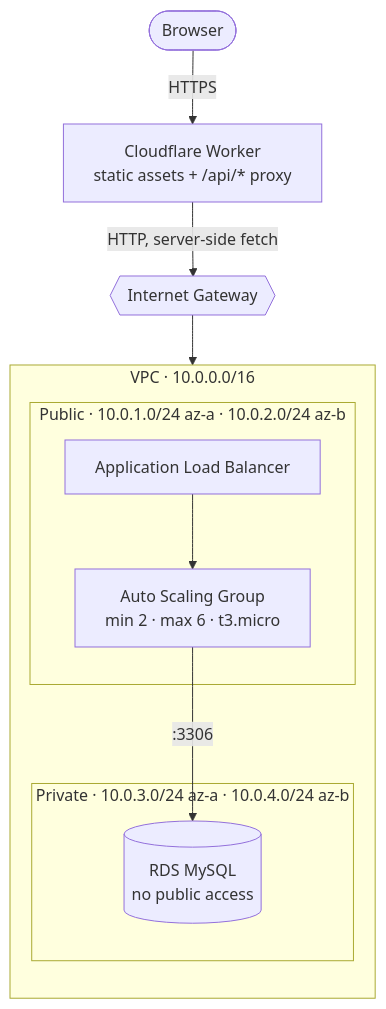
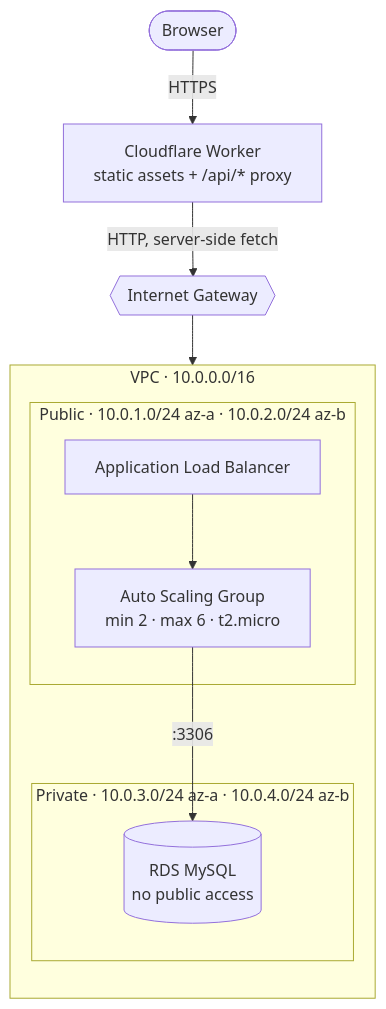
Before and after one commit to AyushAtyantik/hybrid-deploy-arch-demo: the first of 2 diagrams in docs/ARCHITECTURE.md, drawn with Mermaid. The commit also changed other lines of this file and 12 other files, not shown here.

````diff
--- a/docs/ARCHITECTURE.md
+++ b/docs/ARCHITECTURE.md
@@ -8,22 +8,22 @@
 ```mermaid
 flowchart TB
     Browser(["Browser"])
     Worker["Cloudflare Worker<br/>static assets + /api/* proxy"]
     IGW{{"Internet Gateway"}}
 
     subgraph VPC["VPC · 10.0.0.0/16"]
         direction TB
         subgraph PUB["Public · 10.0.1.0/24 az-a · 10.0.2.0/24 az-b"]
             ALB["Application Load Balancer"]
-            ASG["Auto Scaling Group<br/>min 2 · max 6 · t3.micro"]
+            ASG["Auto Scaling Group<br/>min 2 · max 6 · t2.micro"]
         end
         subgraph PRIV["Private · 10.0.3.0/24 az-a · 10.0.4.0/24 az-b"]
             RDS[("RDS MySQL<br/>no public access")]
         end
     end
 
     Browser -- HTTPS --> Worker
     Worker -- "HTTP, server-side fetch" --> IGW
     IGW --> ALB --> ASG
     ASG -- ":3306" --> RDS
 ```
````
